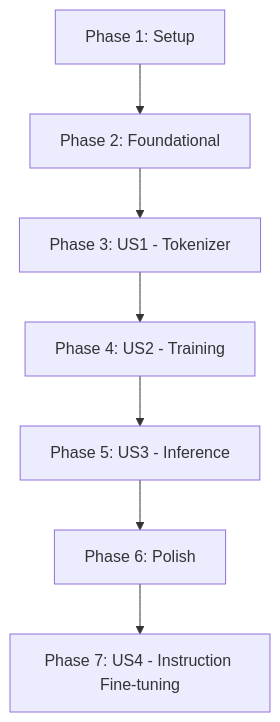
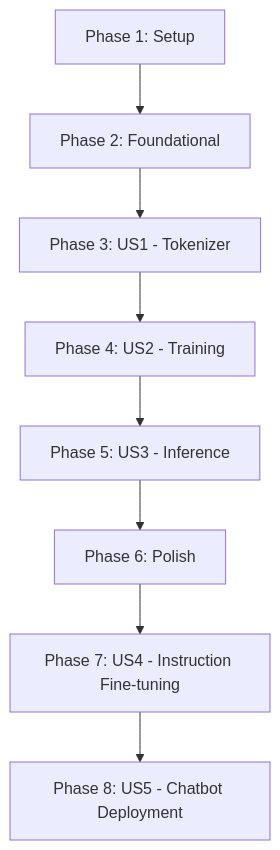
Before and after one commit to VenkatesanNadimuthu/C3AN-Model: the diagram in specs/001-gpt2-pretrain-recipes/tasks.md, drawn with Mermaid. The commit also changed other lines of this file and 5 other files, not shown here.

First line of the commit message:
docs: add Phase 3 chatbot deployment to specifications

````diff
--- a/specs/001-gpt2-pretrain-recipes/tasks.md
+++ b/specs/001-gpt2-pretrain-recipes/tasks.md
@@ -159,9 +178,10 @@
 ```mermaid
 graph TD
     P1[Phase 1: Setup] --> P2[Phase 2: Foundational]
     P2 --> P3[Phase 3: US1 - Tokenizer]
     P3 --> P4[Phase 4: US2 - Training]
     P4 --> P5[Phase 5: US3 - Inference]
     P5 --> P6[Phase 6: Polish]
     P6 --> P7[Phase 7: US4 - Instruction Fine-tuning]
+    P7 --> P8[Phase 8: US5 - Chatbot Deployment]
 ```
````
